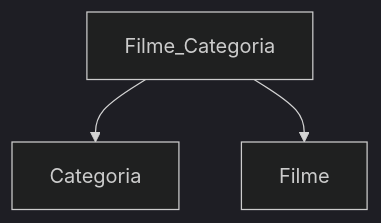
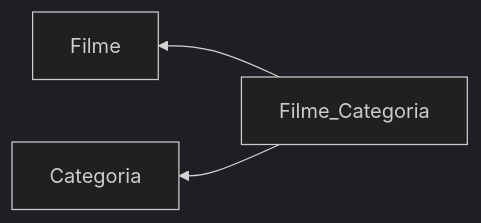
One commit to mrother/fatec changed the diagram in 4sem/Lab BD/2019-03-14.md. Above: the diagram before and after it, drawn with Mermaid (dark theme). The commit also changed other lines of this file, not shown here.

````diff
--- a/4sem/Lab BD/2019-03-14.md
+++ b/4sem/Lab BD/2019-03-14.md
@@ -73,5 +73,5 @@
 ```mermaid
-graph TD
+graph RL
+    Filme_Categoria --> Filme
     Filme_Categoria --> Categoria
-    Filme_Categoria --> Filme
 ```
````
